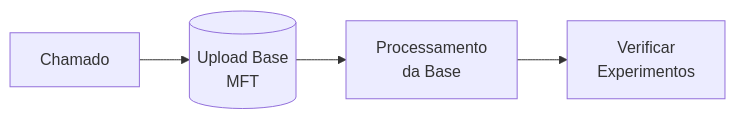
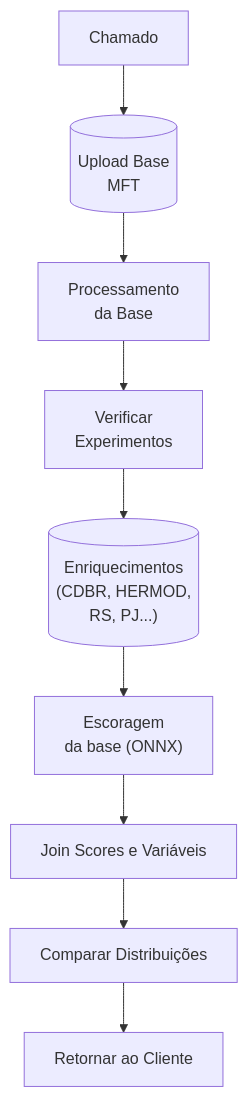
The first of 2 diagrams in Processos/Enriquecimento de Bases.md (JoaoCardoso-neuro/notes), drawn with Mermaid before and after one commit. The commit also changed other lines of this file and 14 other files, not shown here.

````diff
--- a/Processos/Enriquecimento de Bases.md
+++ b/Processos/Enriquecimento de Bases.md
@@ -47,12 +52,20 @@
 ```mermaid
 %%{init: {"flowchart": {"htmlLabels": false}} }%% 
-flowchart LR 
+flowchart TB
 	markdown["Chamado"]
 	newLines[("Upload Base 
 	MFT")]
 	id1["Processamento 
 	da Base"]
 	id2["Verificar
 	Experimentos"]
-	markdown --> newLines --> id1 --> id2
+	id3[("Enriquecimentos 
+	(CDBR, HERMOD, 
+	RS, PJ...)")]
+	id4["Escoragem 
+	da base (ONNX)"]
+	id5[Join Scores e Variáveis]
+	id6[Comparar Distribuições]
+	id7[Retornar ao Cliente]
+	markdown --> newLines --> id1 --> id2 --> id3 --> id4 --> id5 --> id6 --> id7
 ```
````
